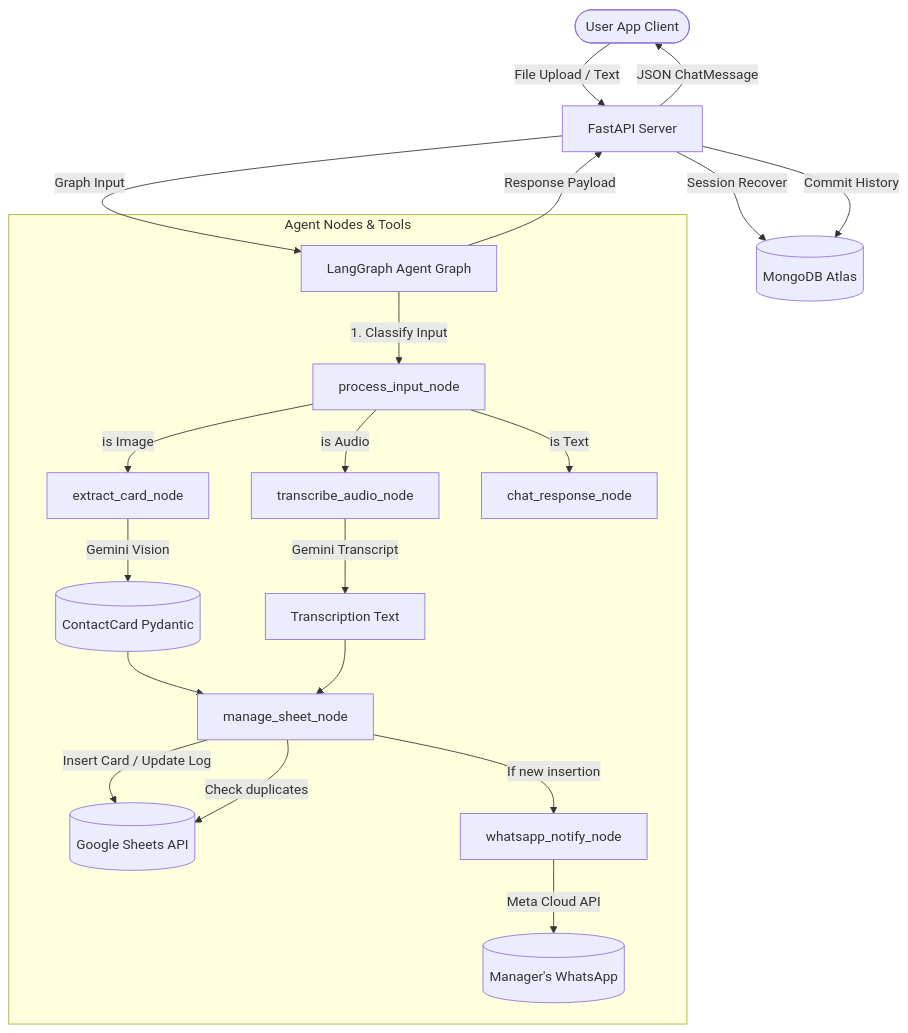
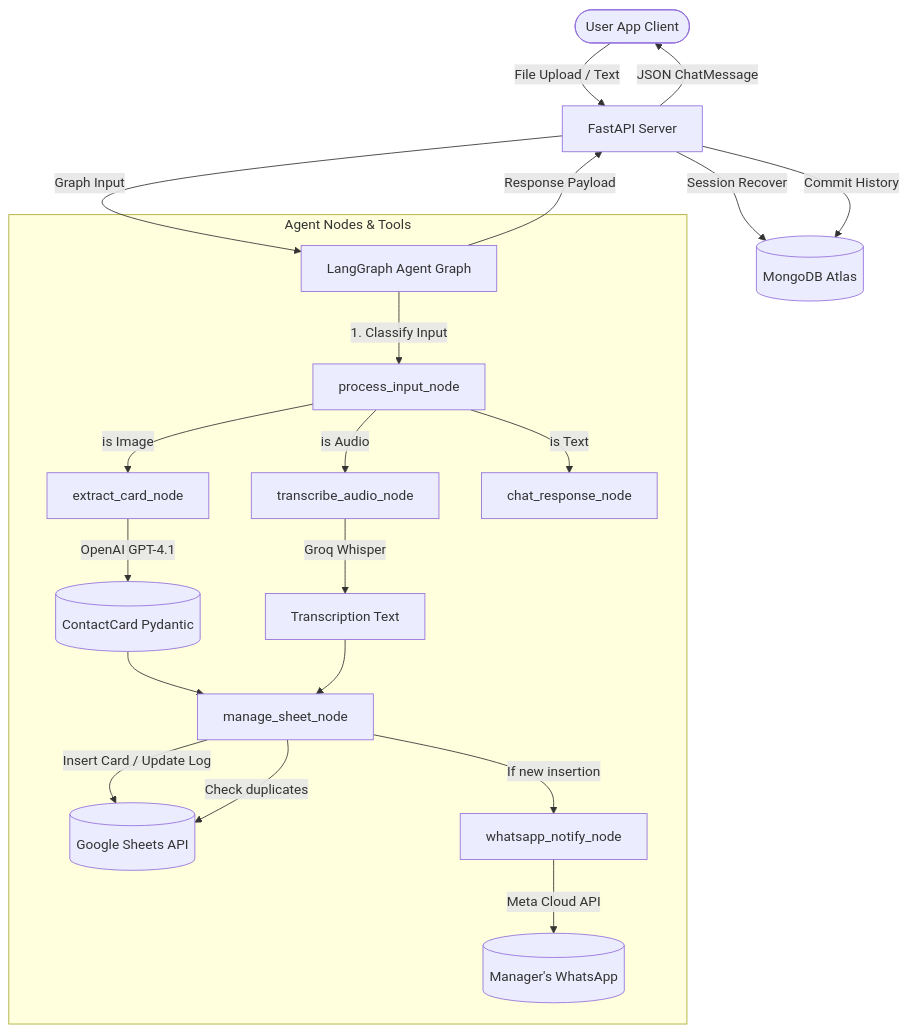
One commit to jaqueen1116/Visiting-Card-Digitization-Voice-Notes-Orchestrator changed the diagram in README.md. Above: the diagram before and after it, drawn with Mermaid. The commit also changed other lines of this file, not shown here.

Commit message:
docs: update README with Human-in-the-Loop and OpenAI migration details

````diff
--- a/README.md
+++ b/README.md
@@ -11,29 +11,29 @@
 ```mermaid
 graph TD
     User([User App Client]) -->|File Upload / Text| API[FastAPI Server]
     API -->|Session Recover| DB[(MongoDB Atlas)]
     API -->|Graph Input| Agent[LangGraph Agent Graph]
     
     subgraph Agent Nodes & Tools
         Agent -->|1. Classify Input| ProcessNode[process_input_node]
         ProcessNode -->|is Image| VisionNode[extract_card_node]
         ProcessNode -->|is Audio| SpeechNode[transcribe_audio_node]
         ProcessNode -->|is Text| ChatNode[chat_response_node]
         
-        VisionNode -->|Gemini Vision| ContactCard[(ContactCard Pydantic)]
-        SpeechNode -->|Gemini Transcript| TextLog[Transcription Text]
+        VisionNode -->|OpenAI GPT-4.1| ContactCard[(ContactCard Pydantic)]
+        SpeechNode -->|Groq Whisper| TextLog[Transcription Text]
         
         ContactCard --> SheetNode[manage_sheet_node]
         TextLog --> SheetNode
         
         SheetNode -->|Insert Card / Update Log| Sheets[(Google Sheets API)]
         SheetNode -->|Check duplicates| Sheets
         
         SheetNode -->|If new insertion| WhatsAppNode[whatsapp_notify_node]
         WhatsAppNode -->|Meta Cloud API| Phone[(Manager's WhatsApp)]
     end
     
     Agent -->|Response Payload| API
     API -->|Commit History| DB
     API -->|JSON ChatMessage| User
 ```
````
